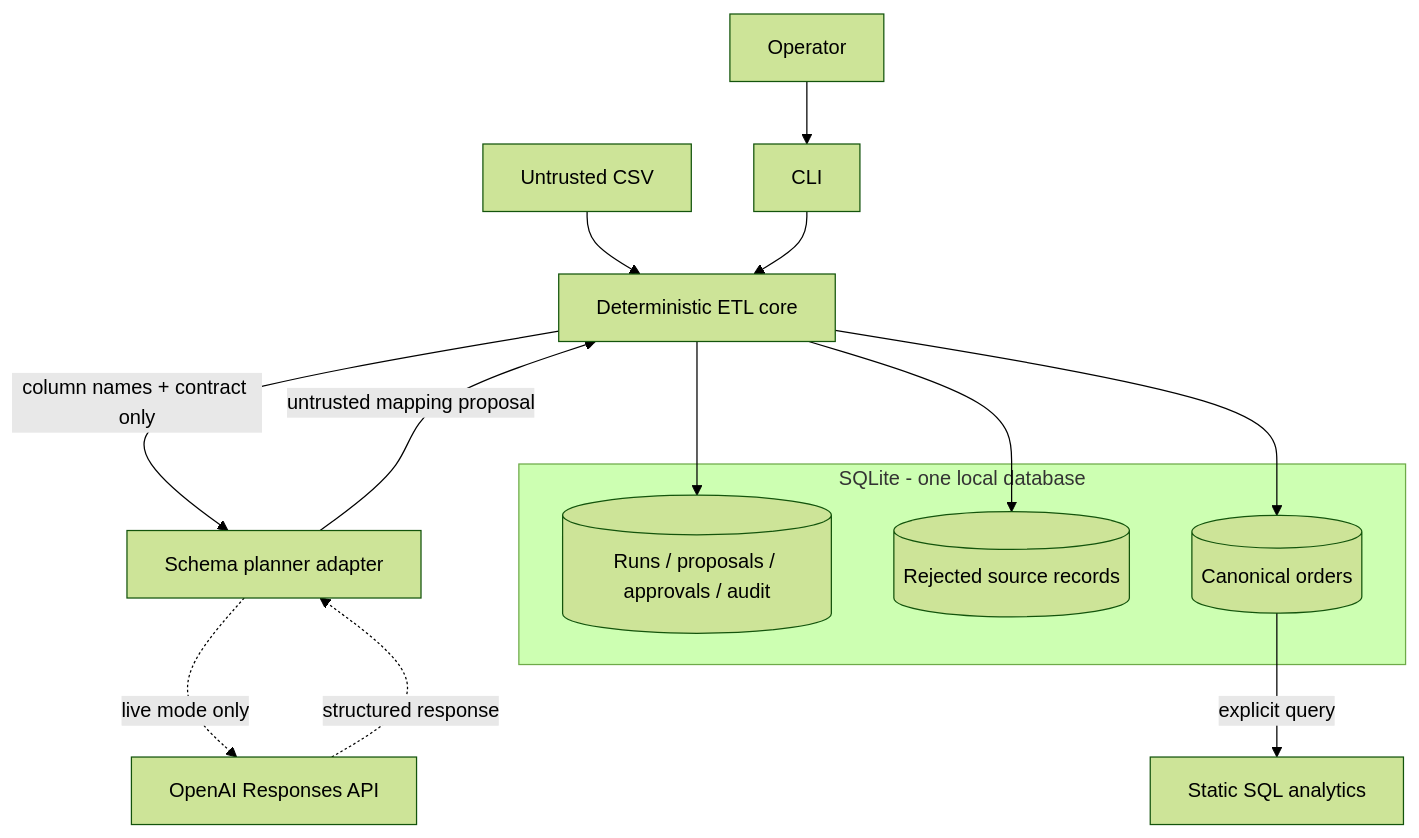
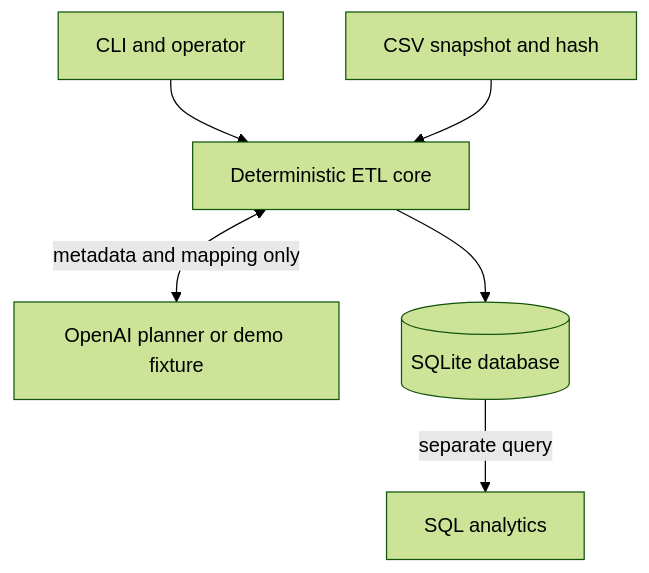
Before and after one commit to lekhashashank1704/agent-assisted-etl: the first of 3 diagrams in docs/ARCHITECTURE.md, drawn with Mermaid (forest theme). The commit also changed other lines of this file and 1 other file, not shown here.

Commit message:
docs: simplify architecture overview for readable GitHub rendering

````diff
--- a/docs/ARCHITECTURE.md
+++ b/docs/ARCHITECTURE.md
@@ -7,19 +7,8 @@
 ```mermaid
 flowchart TB
-    OP[Operator] --> CLI[CLI]
-    SOURCE[Untrusted CSV] --> CORE[Deterministic ETL core]
-    CLI --> CORE
-    CORE -->|column names + contract only| PLANNER[Schema planner adapter]
-    PLANNER -->|untrusted mapping proposal| CORE
-    PLANNER -.->|live mode only| API[OpenAI Responses API]
-    API -.->|structured response| PLANNER
-    subgraph DB[SQLite - one local database]
-        CONTROL[(Runs / proposals / approvals / audit)]
-        QUARANTINE[(Rejected source records)]
-        WAREHOUSE[(Canonical orders)]
-    end
-    CORE --> CONTROL
-    CORE --> QUARANTINE
-    CORE --> WAREHOUSE
-    WAREHOUSE -->|explicit query| ANALYTICS[Static SQL analytics]
+    CLI[CLI and operator] --> CORE[Deterministic ETL core]
+    CSV[CSV snapshot and hash] --> CORE
+    CORE <-->|metadata and mapping only| PLAN[OpenAI planner or demo fixture]
+    CORE --> DB[(SQLite database)]
+    DB -->|separate query| SQL[SQL analytics]
 ```
````
